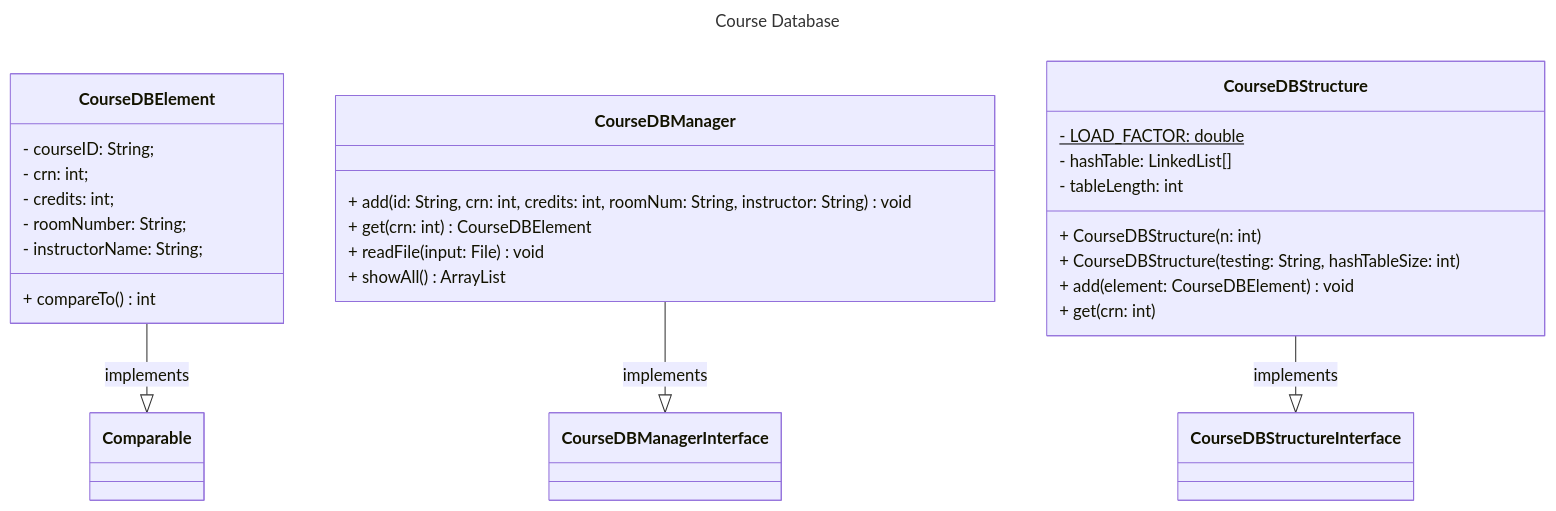
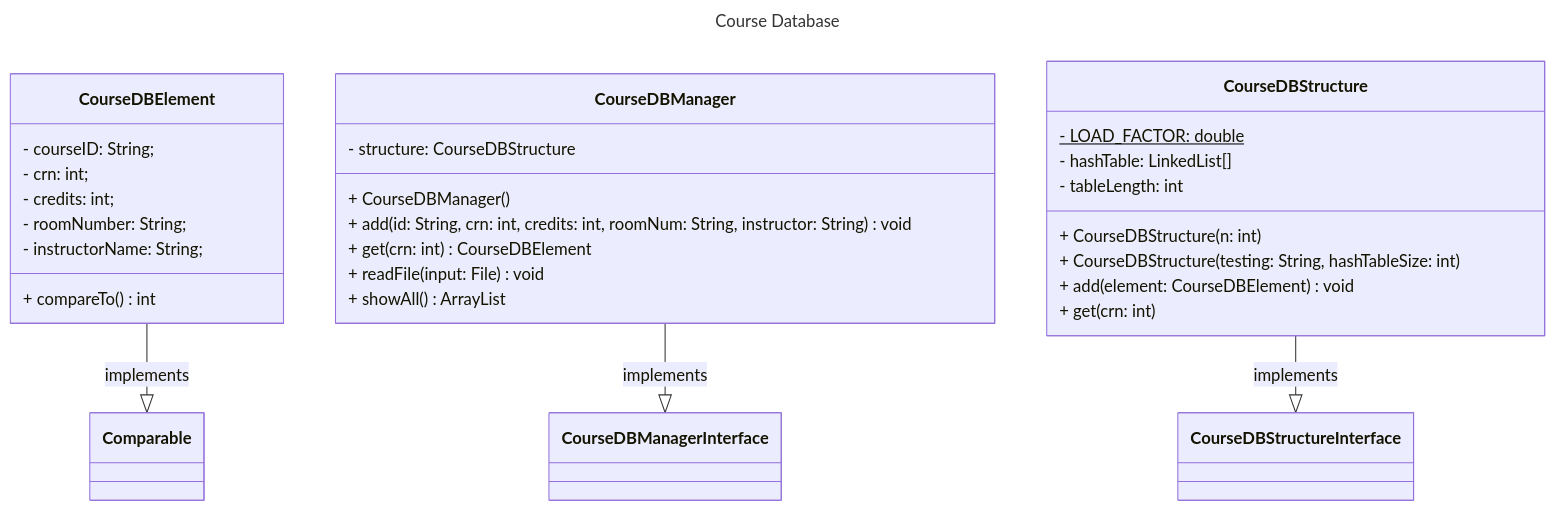
One commit to nick-nugat/nick-nugat.github.io changed the diagram in content/project-designs/cmsc204/NguyenNicholas_Assignment4_Design/assignment4-design.md. Above: the diagram before and after it, drawn with Mermaid. The commit also changed other lines of this file and 1 other file, not shown here.

Commit message:
vault backup: 2024-03-15 19:16:42
Affected files:
content/.obsidian/plugins/update-time-on-edit/data.json
content/project-designs/cmsc204/NguyenNicholas_Assignment4_Design/assignment4-design.md

````diff
--- a/content/project-designs/cmsc204/NguyenNicholas_Assignment4_Design/assignment4-design.md
+++ b/content/project-designs/cmsc204/NguyenNicholas_Assignment4_Design/assignment4-design.md
@@ -15,43 +15,46 @@
 ```mermaid
 ---
 title: Course Database
 ---
 classDiagram
 	direction BT
 
 	Comparable <|-- CourseDBElement: implements
 	CourseDBManagerInterface <|-- CourseDBManager: implements
 	CourseDBStructureInterface <|-- CourseDBStructure: implements
 	
 	
 	class CourseDBElement { 
 	    - courseID: String;  
 	    - crn: int;  
 	    - credits: int;  
 	    - roomNumber: String;  
 	    - instructorName: String;  
 	  
 	    + compareTo() int
 	}
 	
 	 class CourseDBManager{
+		 - structure: CourseDBStructure
+		 
+		 + CourseDBManager()
 		 + add(id: String, crn: int, credits: int, roomNum: String, instructor: String) void
 		 + get(crn: int) CourseDBElement
 		 + readFile(input: File) void
 		 + showAll() ArrayList<String>
 	 }
 	
 	 class CourseDBStructure{
 		 - LOAD_FACTOR: double$
 		 - hashTable: LinkedList<CourseDBElement>[]
 		 - tableLength: int
 		   
 		 + CourseDBStructure(n: int)
 		 + CourseDBStructure(testing: String, hashTableSize: int)
 		   
 		 + add(element: CourseDBElement) void
 		 + get(crn: int)
 	 }
 
 
 ```
````
